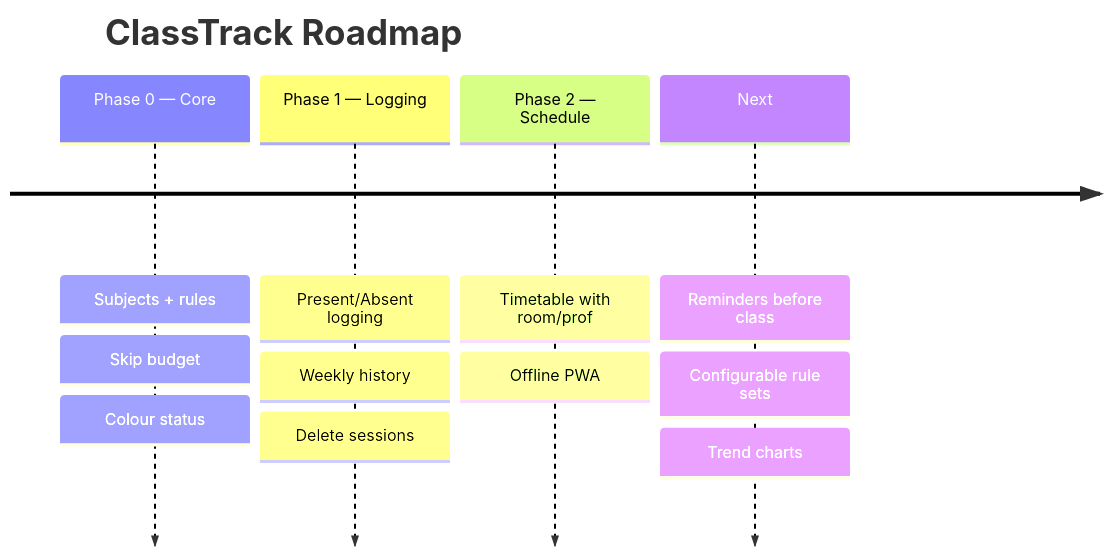
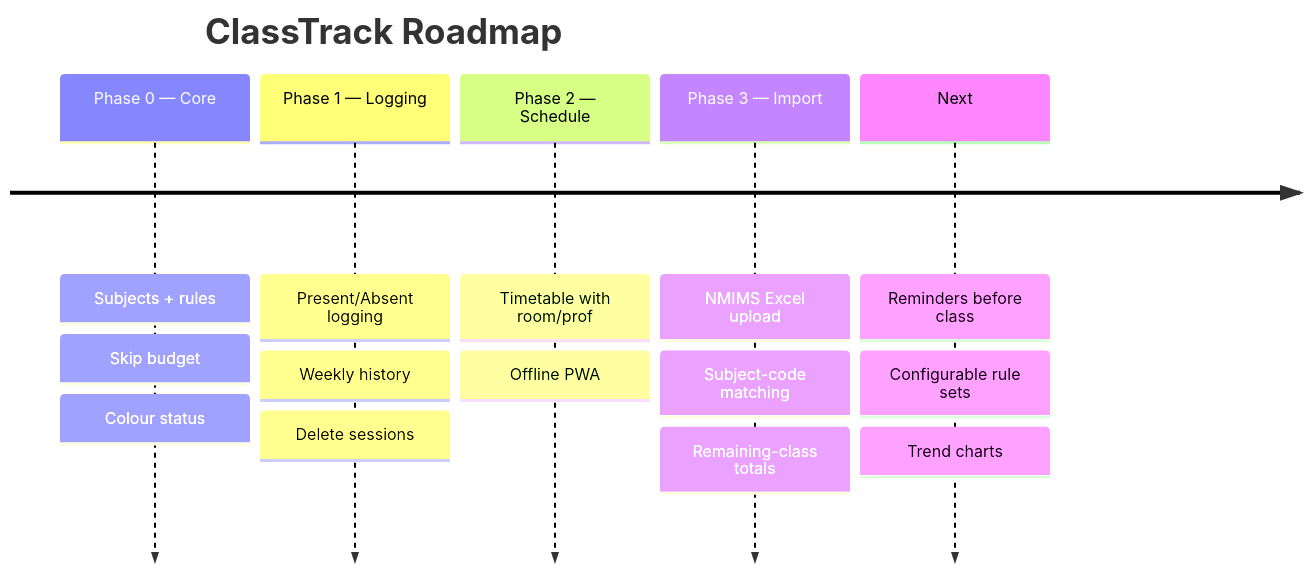
One commit to AASTHA381/Attendence-Tracker-App changed the third of 3 diagrams in docs/PRD.md. Above: the diagram before and after it, drawn with Mermaid. The commit also changed other lines of this file and 8 other files, not shown here.

First line of the commit message:
Add Excel timetable import and remaining counts

````diff
--- a/docs/PRD.md
+++ b/docs/PRD.md
@@ -180,8 +185,9 @@
 ```mermaid
 timeline
     title ClassTrack Roadmap
     Phase 0 — Core : Subjects + rules : Skip budget : Colour status
     Phase 1 — Logging : Present/Absent logging : Weekly history : Delete sessions
     Phase 2 — Schedule : Timetable with room/prof : Offline PWA
+    Phase 3 — Import : NMIMS Excel upload : Subject-code matching : Remaining-class totals
     Next : Reminders before class : Configurable rule sets : Trend charts
 ```
````
